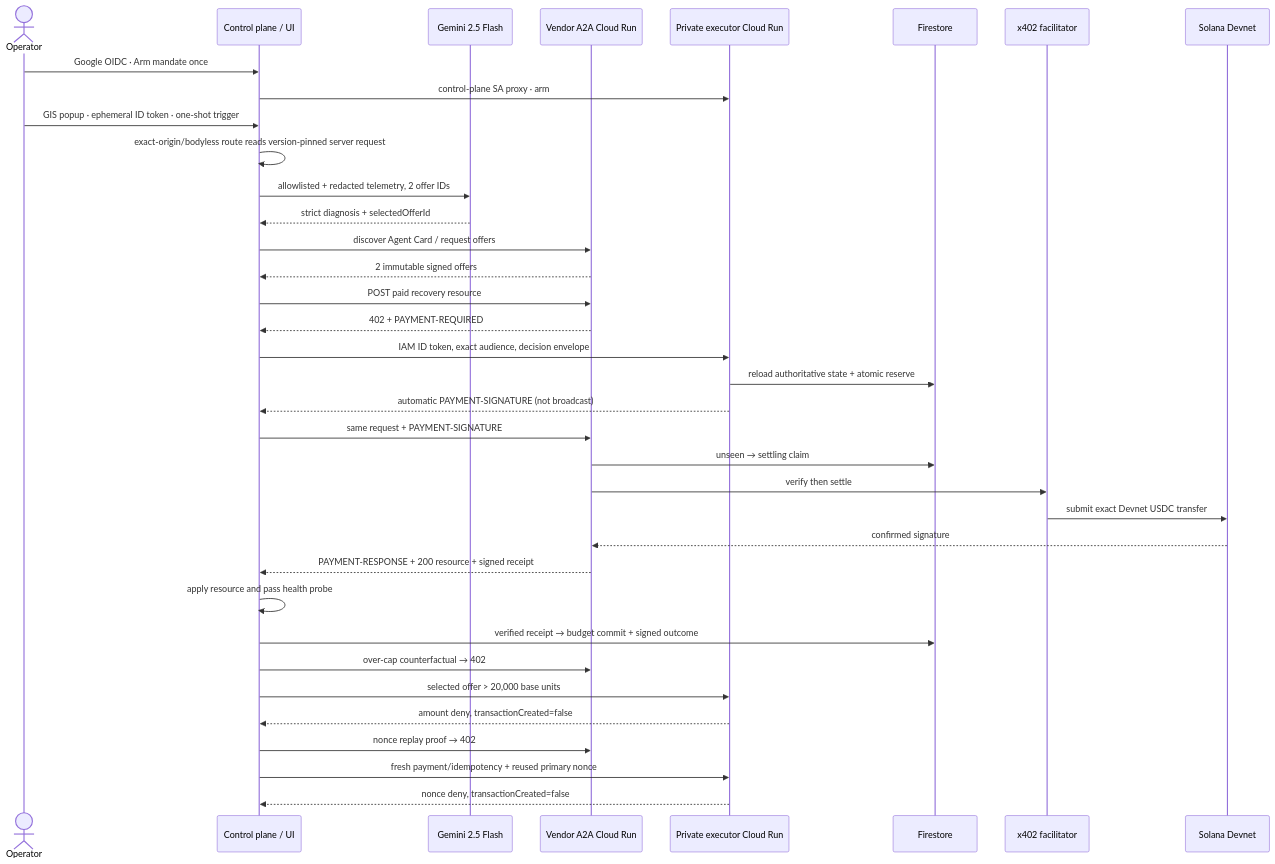
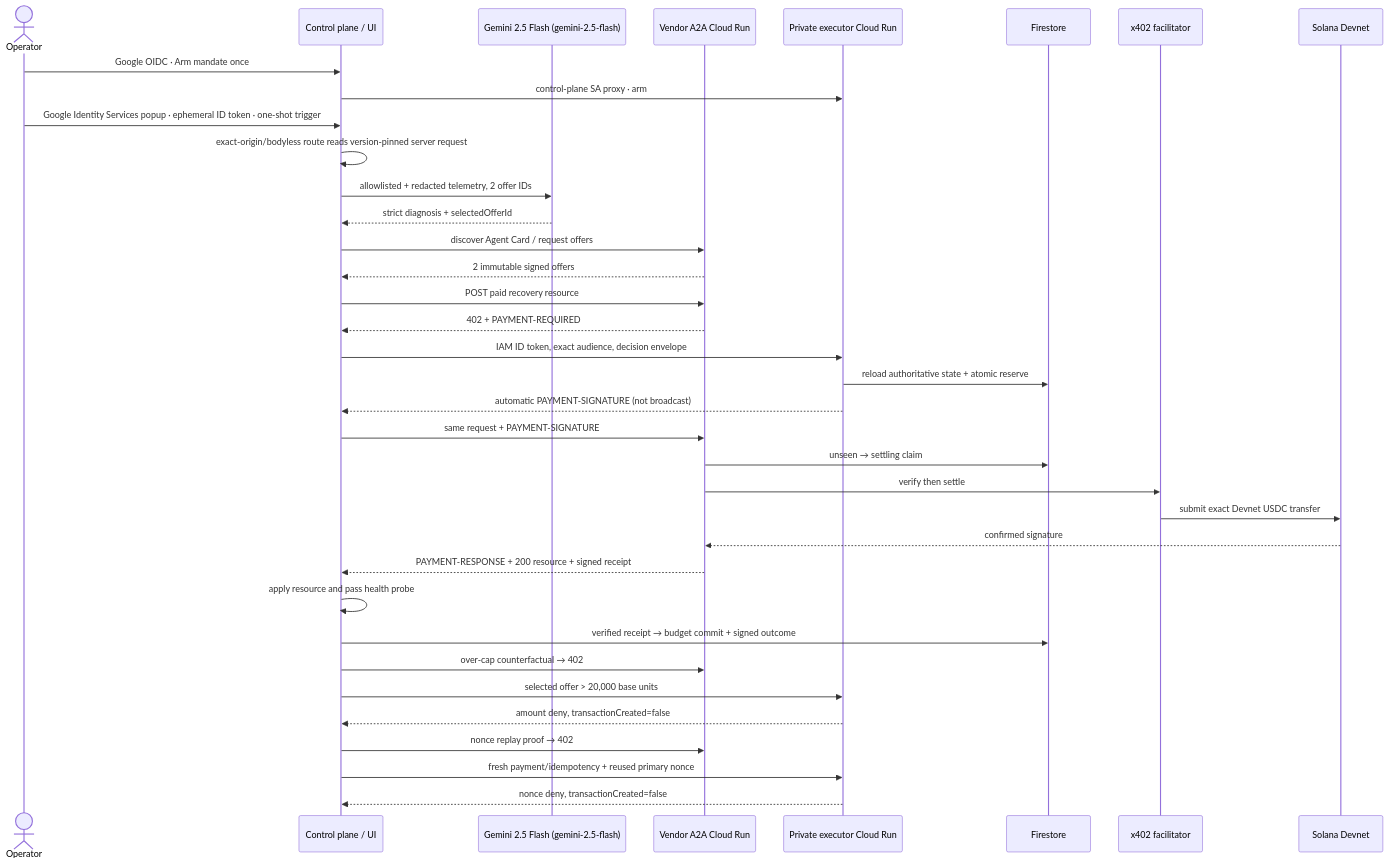
The second of 4 diagrams in docs/ARCHITECTURE.md (kwakhyun/uptime402-agentic-commerce), drawn with Mermaid before and after one commit. The commit also changed other lines of this file and 35 other files, not shown here.

````diff
--- a/docs/ARCHITECTURE.md
+++ b/docs/ARCHITECTURE.md
@@ -30,39 +32,39 @@
 ```mermaid
 sequenceDiagram
     actor Operator
     participant UI as Control plane / UI
-    participant Gemini as Gemini 2.5 Flash
+    participant Gemini as Gemini 2.5 Flash (gemini-2.5-flash)
     participant Vendor as Vendor A2A Cloud Run
     participant Executor as Private executor Cloud Run
     participant Store as Firestore
     participant Facilitator as x402 facilitator
     participant Solana as Solana Devnet
 
     Operator->>UI: Google OIDC · Arm mandate once
     UI->>Executor: control-plane SA proxy · arm
-    Operator->>UI: GIS popup · ephemeral ID token · one-shot trigger
+    Operator->>UI: Google Identity Services popup · ephemeral ID token · one-shot trigger
     UI->>UI: exact-origin/bodyless route reads version-pinned server request
     UI->>Gemini: allowlisted + redacted telemetry, 2 offer IDs
     Gemini-->>UI: strict diagnosis + selectedOfferId
     UI->>Vendor: discover Agent Card / request offers
     Vendor-->>UI: 2 immutable signed offers
     UI->>Vendor: POST paid recovery resource
     Vendor-->>UI: 402 + PAYMENT-REQUIRED
     UI->>Executor: IAM ID token, exact audience, decision envelope
     Executor->>Store: reload authoritative state + atomic reserve
     Executor-->>UI: automatic PAYMENT-SIGNATURE (not broadcast)
     UI->>Vendor: same request + PAYMENT-SIGNATURE
     Vendor->>Store: unseen → settling claim
     Vendor->>Facilitator: verify then settle
     Facilitator->>Solana: submit exact Devnet USDC transfer
     Solana-->>Vendor: confirmed signature
     Vendor-->>UI: PAYMENT-RESPONSE + 200 resource + signed receipt
     UI->>UI: apply resource and pass health probe
     UI->>Store: verified receipt → budget commit + signed outcome
     UI->>Vendor: over-cap counterfactual → 402
     UI->>Executor: selected offer > 20,000 base units
     Executor-->>UI: amount deny, transactionCreated=false
     UI->>Vendor: nonce replay proof → 402
     UI->>Executor: fresh payment/idempotency + reused primary nonce
     Executor-->>UI: nonce deny, transactionCreated=false
 ```
````
